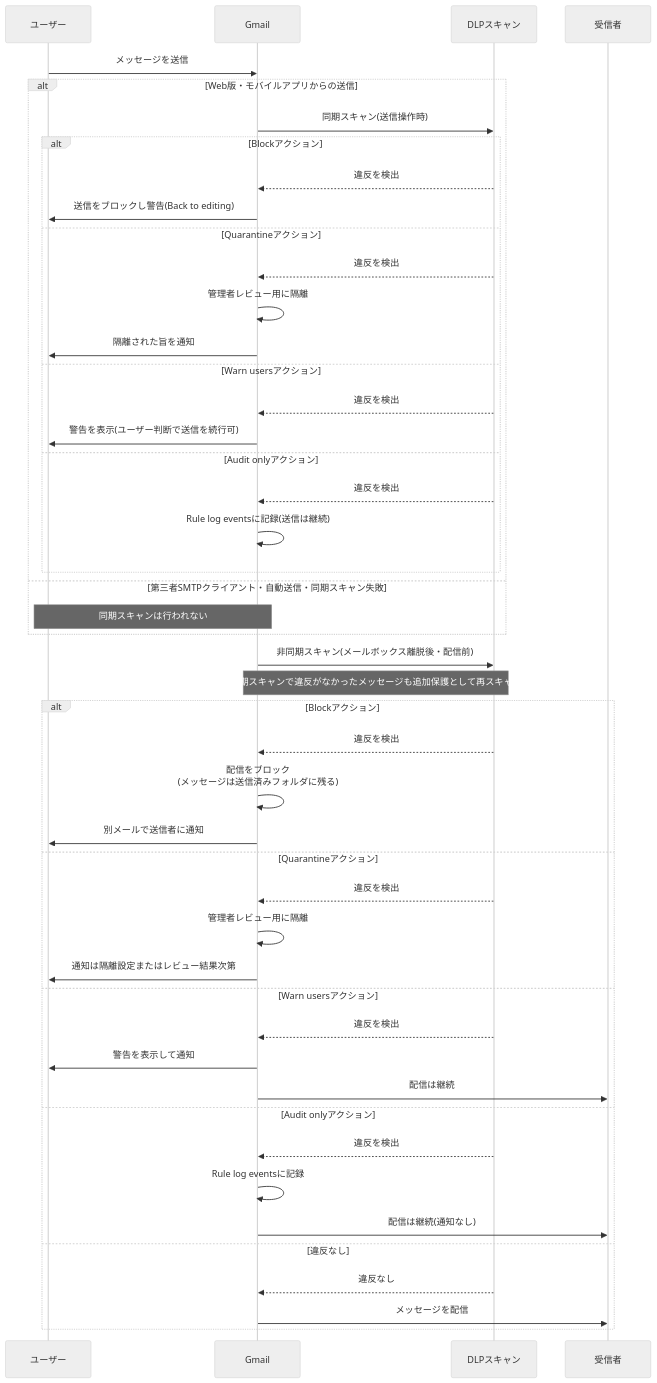
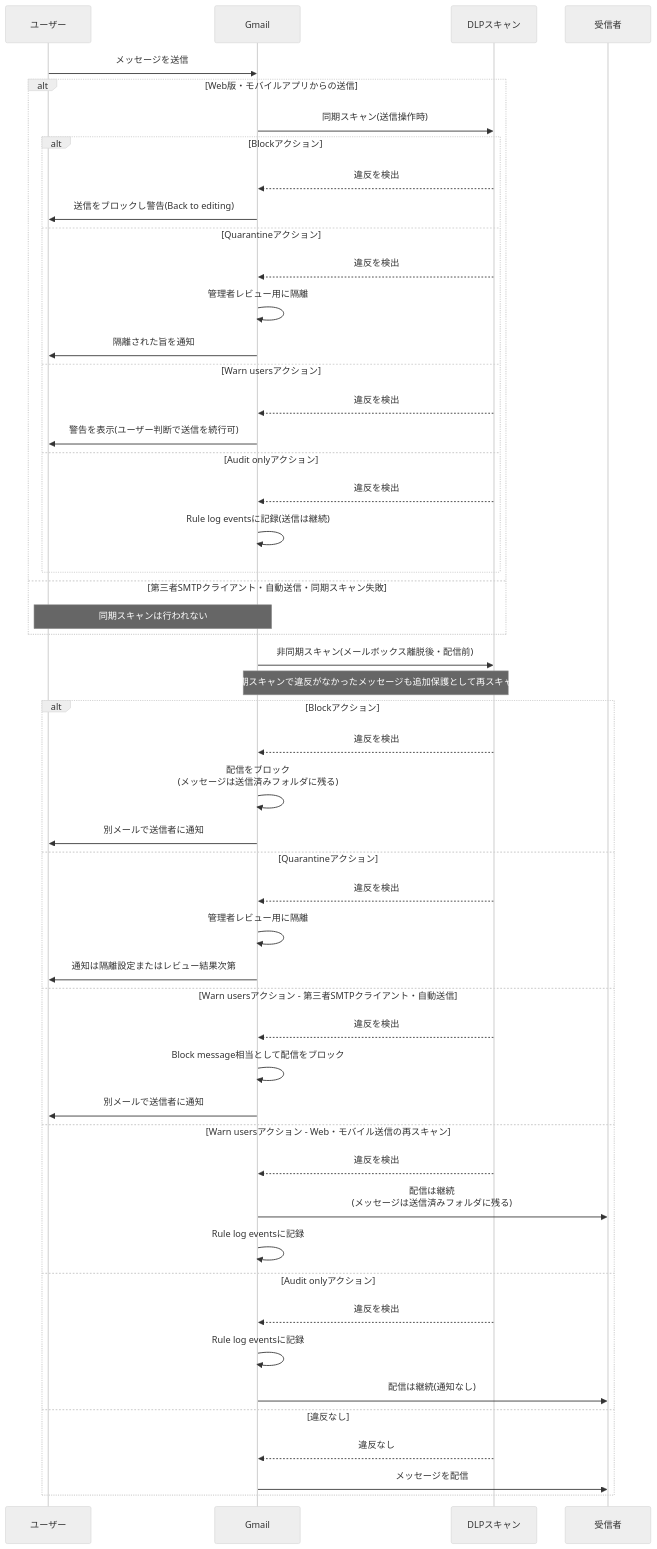
Before and after one commit to myoshi2891/Cloud-Infrastructure-Studies: the sixth of 10 diagrams in archive/Gcl/Associate-Google-Workspace-Administrator/md/Agwa-section3-data-governance.md, drawn with Mermaid (neutral theme). The commit also changed 2 other files, not shown here.

Commit message:
fix(agwa): refine Warn users action branch in DLP sequence diagram

````diff
--- a/archive/Gcl/Associate-Google-Workspace-Administrator/md/Agwa-section3-data-governance.md
+++ b/archive/Gcl/Associate-Google-Workspace-Administrator/md/Agwa-section3-data-governance.md
@@ -326,49 +326,53 @@
 ```mermaid
 sequenceDiagram
     participant U as ユーザー
     participant G as Gmail
     participant D as DLPスキャン
     participant R as 受信者
     U->>G: メッセージを送信
     alt Web版・モバイルアプリからの送信
         G->>D: 同期スキャン(送信操作時)
         alt Blockアクション
             D-->>G: 違反を検出
             G->>U: 送信をブロックし警告(Back to editing)
         else Quarantineアクション
             D-->>G: 違反を検出
             G->>G: 管理者レビュー用に隔離
             G->>U: 隔離された旨を通知
         else Warn usersアクション
             D-->>G: 違反を検出
             G->>U: 警告を表示(ユーザー判断で送信を続行可)
         else Audit onlyアクション
             D-->>G: 違反を検出
             G->>G: Rule log eventsに記録(送信は継続)
         end
     else 第三者SMTPクライアント・自動送信・同期スキャン失敗
         Note over U,G: 同期スキャンは行われない
     end
     G->>D: 非同期スキャン(メールボックス離脱後・配信前)
     Note over G,D: 同期スキャンで違反がなかったメッセージも追加保護として再スキャン
     alt Blockアクション
         D-->>G: 違反を検出
         G->>G: 配信をブロック<br/>(メッセージは送信済みフォルダに残る)
         G->>U: 別メールで送信者に通知
     else Quarantineアクション
         D-->>G: 違反を検出
         G->>G: 管理者レビュー用に隔離
         G->>U: 通知は隔離設定またはレビュー結果次第
-    else Warn usersアクション
+    else Warn usersアクション - 第三者SMTPクライアント・自動送信
         D-->>G: 違反を検出
-        G->>U: 警告を表示して通知
-        G->>R: 配信は継続
+        G->>G: Block message相当として配信をブロック
+        G->>U: 別メールで送信者に通知
+    else Warn usersアクション - Web・モバイル送信の再スキャン
+        D-->>G: 違反を検出
+        G->>R: 配信は継続<br/>(メッセージは送信済みフォルダに残る)
+        G->>G: Rule log eventsに記録
     else Audit onlyアクション
         D-->>G: 違反を検出
         G->>G: Rule log eventsに記録
         G->>R: 配信は継続(通知なし)
     else 違反なし
         D-->>G: 違反なし
         G->>R: メッセージを配信
     end
 ```
````
